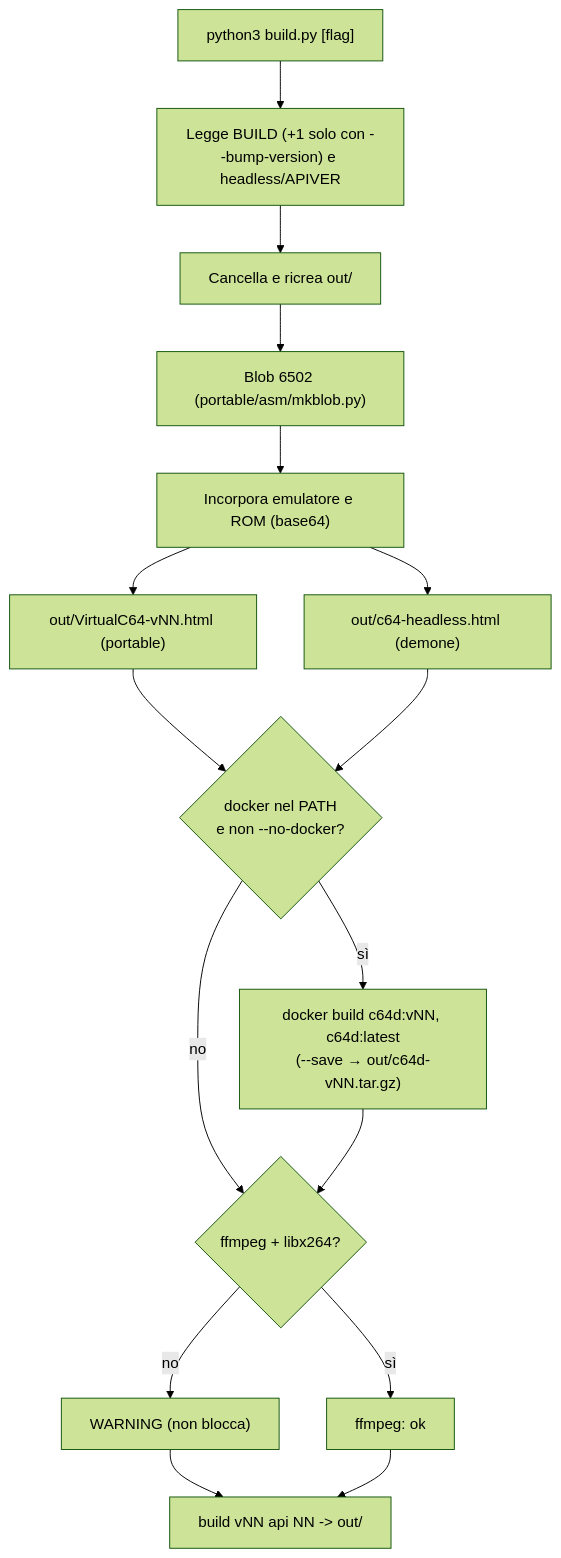
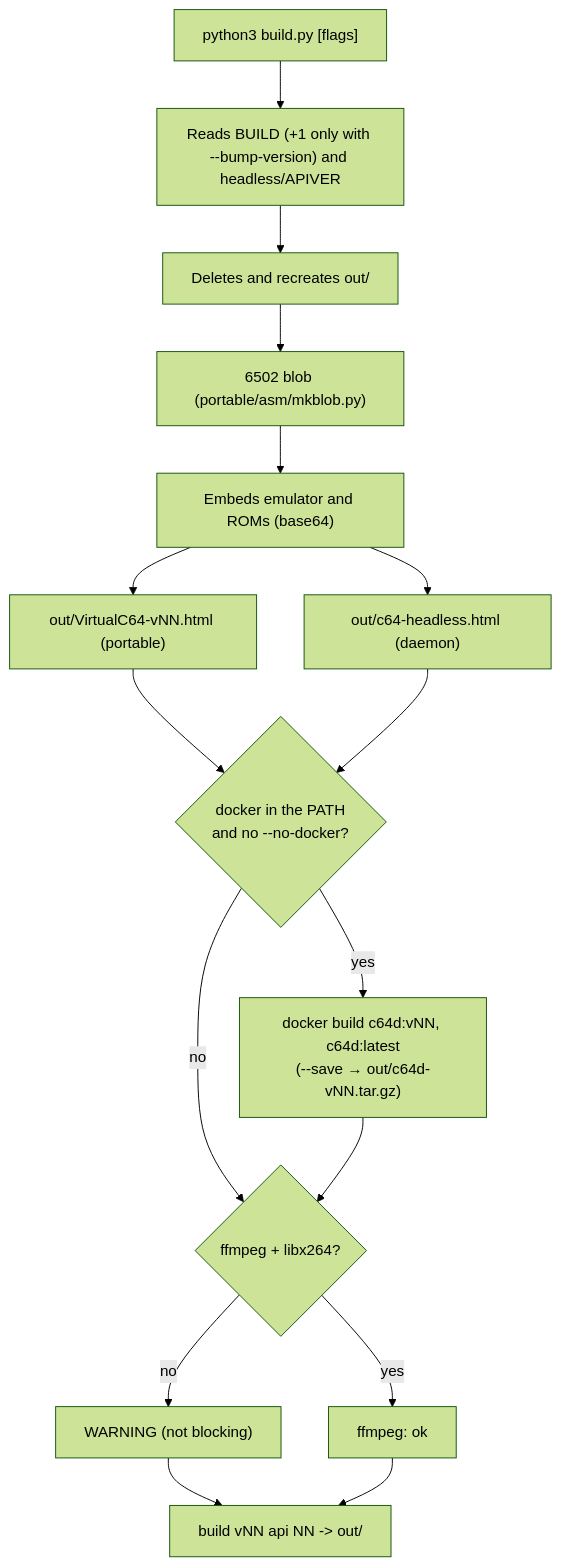
The first of 3 diagrams in toolchain/vc64web-custom/README.md (caporalesimone/barbarian-the-blood-path), drawn with Mermaid (forest theme) before and after one commit. The commit also changed other lines of this file and 77 other files, not shown here.

````diff
--- a/toolchain/vc64web-custom/README.md
+++ b/toolchain/vc64web-custom/README.md
@@ -60,18 +60,18 @@
 ```mermaid
 flowchart TD
-  A["python3 build.py [flag]"] --> B["Legge BUILD (+1 solo con --bump-version) e headless/APIVER"]
-  B --> C["Cancella e ricrea out/"]
-  C --> D["Blob 6502 (portable/asm/mkblob.py)"]
-  D --> E["Incorpora emulatore e ROM (base64)"]
+  A["python3 build.py [flags]"] --> B["Reads BUILD (+1 only with --bump-version) and headless/APIVER"]
+  B --> C["Deletes and recreates out/"]
+  C --> D["6502 blob (portable/asm/mkblob.py)"]
+  D --> E["Embeds emulator and ROMs (base64)"]
   E --> F1["out/VirtualC64-vNN.html (portable)"]
-  E --> F2["out/c64-headless.html (demone)"]
-  F1 --> G{"docker nel PATH<br/>e non --no-docker?"}
+  E --> F2["out/c64-headless.html (daemon)"]
+  F1 --> G{"docker in the PATH<br/>and no --no-docker?"}
   F2 --> G
-  G -->|sì| H["docker build c64d:vNN, c64d:latest<br/>(--save → out/c64d-vNN.tar.gz)"]
+  G -->|yes| H["docker build c64d:vNN, c64d:latest<br/>(--save → out/c64d-vNN.tar.gz)"]
   G -->|no| I
   H --> I{"ffmpeg + libx264?"}
-  I -->|no| W["WARNING (non blocca)"]
-  I -->|sì| OK["ffmpeg: ok"]
+  I -->|no| W["WARNING (not blocking)"]
+  I -->|yes| OK["ffmpeg: ok"]
   W --> Z["build vNN api NN -> out/"]
   OK --> Z
 ```
````
